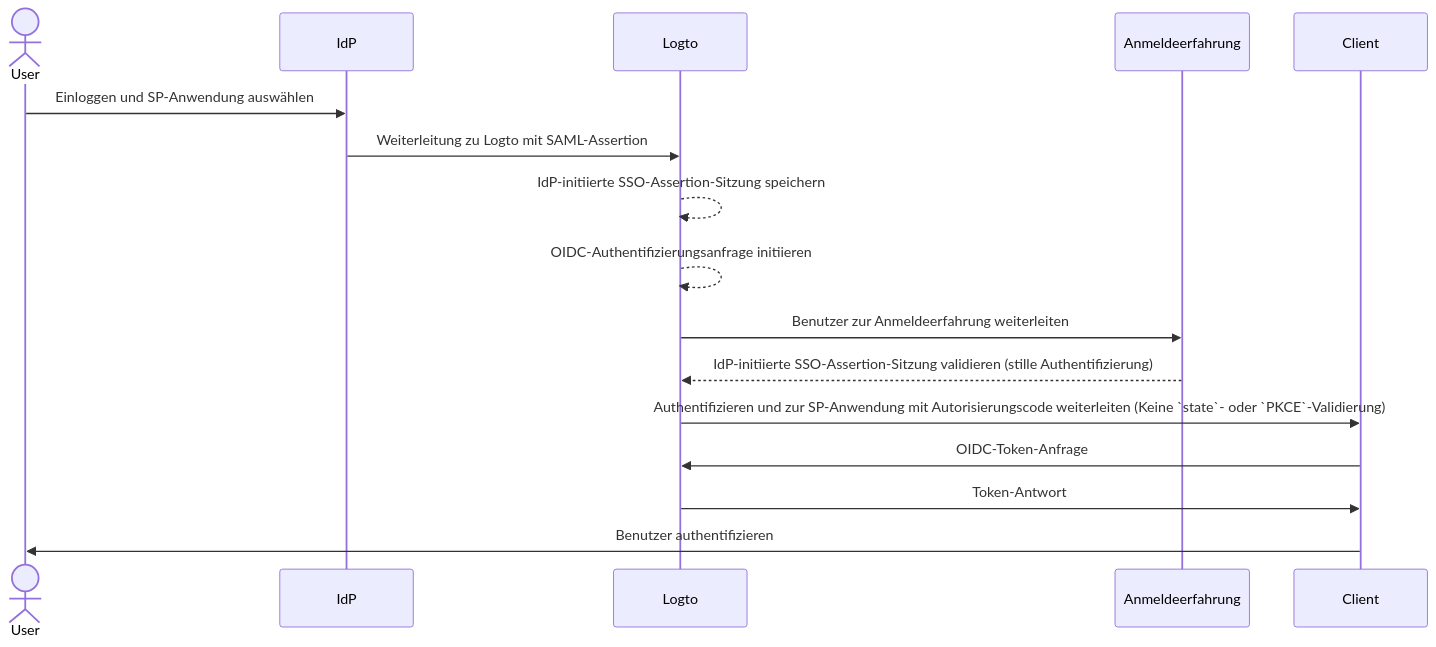
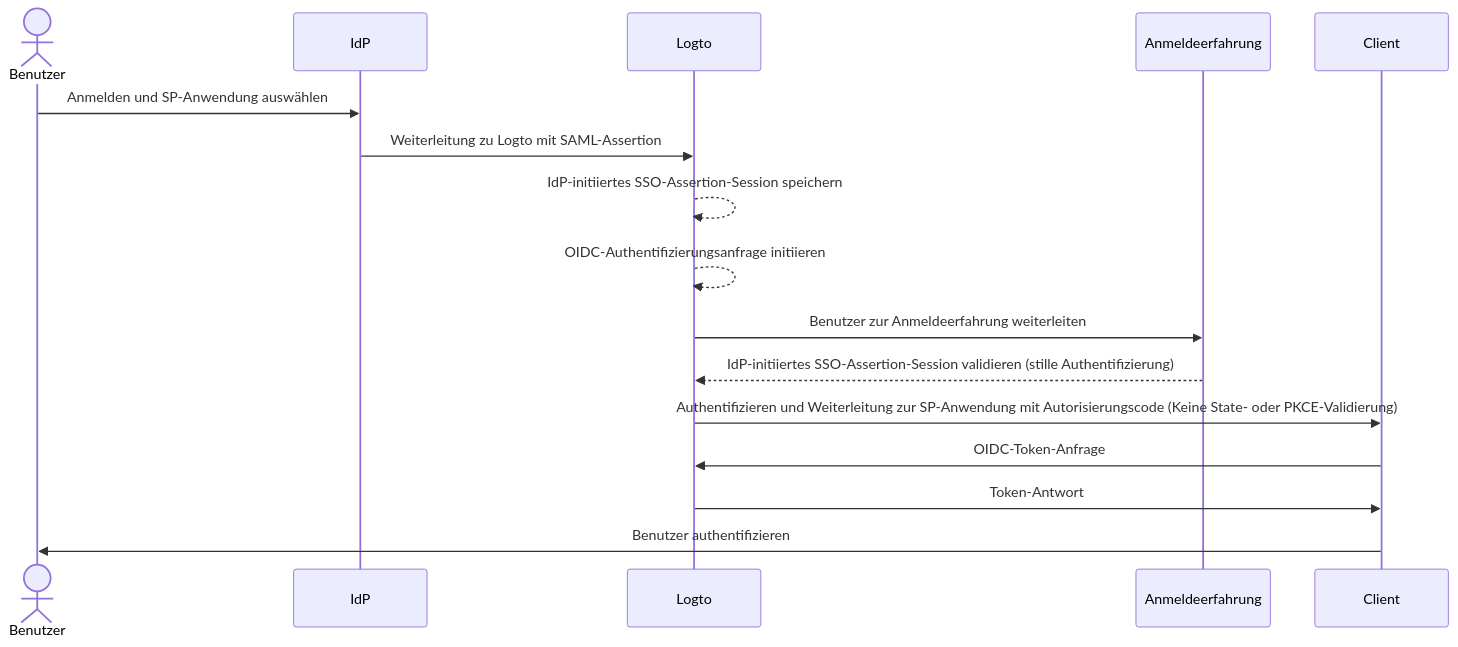
One commit to logto-io/docs changed the second of 2 diagrams in i18n/de/docusaurus-plugin-content-docs/current/end-user-flows/enterprise-sso/idp-initiated-sso.mdx. Above: the diagram before and after it, drawn with Mermaid. The commit also changed other lines of this file and 666 other files, not shown here.

````diff
--- a/i18n/de/docusaurus-plugin-content-docs/current/end-user-flows/enterprise-sso/idp-initiated-sso.mdx
+++ b/i18n/de/docusaurus-plugin-content-docs/current/end-user-flows/enterprise-sso/idp-initiated-sso.mdx
@@ -137,20 +137,20 @@
 ```mermaid
   sequenceDiagram
 
-  actor User
+  actor Benutzer
   participant IdP as IdP
   participant Logto as Logto
   participant Experience as Anmeldeerfahrung
   participant SP as Client
 
-  User->>IdP: Einloggen und SP-Anwendung auswählen
+  Benutzer->>IdP: Anmelden und SP-Anwendung auswählen
   IdP->>Logto: Weiterleitung zu Logto mit SAML-Assertion
-  Logto-->>Logto: IdP-initiierte SSO-Assertion-Sitzung speichern
+  Logto-->>Logto: IdP-initiiertes SSO-Assertion-Session speichern
   Logto-->>Logto: OIDC-Authentifizierungsanfrage initiieren
   Logto->>Experience: Benutzer zur Anmeldeerfahrung weiterleiten
-  Experience-->>Logto: IdP-initiierte SSO-Assertion-Sitzung validieren (stille Authentifizierung)
-  Logto->>SP: Authentifizieren und zur SP-Anwendung mit Autorisierungscode weiterleiten (Keine `state`- oder `PKCE`-Validierung)
+  Experience-->>Logto: IdP-initiiertes SSO-Assertion-Session validieren (stille Authentifizierung)
+  Logto->>SP: Authentifizieren und Weiterleitung zur SP-Anwendung mit Autorisierungscode (Keine State- oder PKCE-Validierung)
   SP->>Logto: OIDC-Token-Anfrage
   Logto->>SP: Token-Antwort
-  SP->>User: Benutzer authentifizieren
+  SP->>Benutzer: Benutzer authentifizieren
 ```
````
